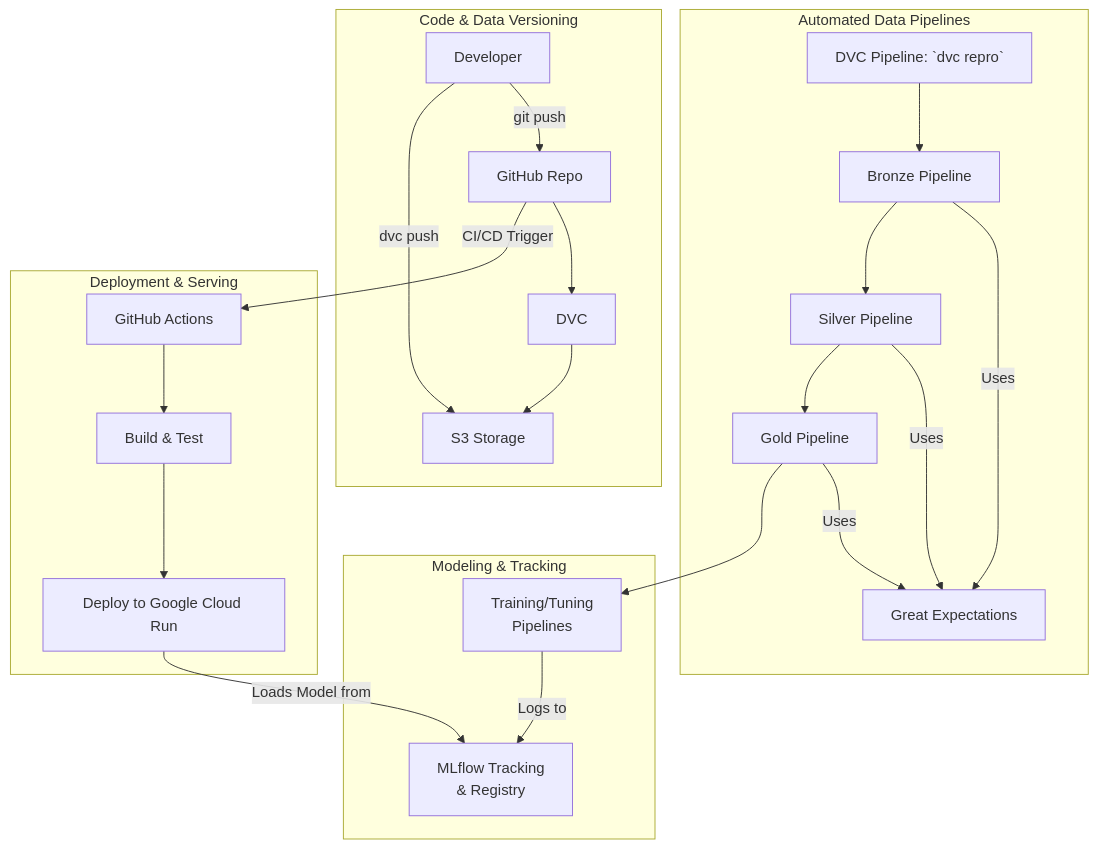
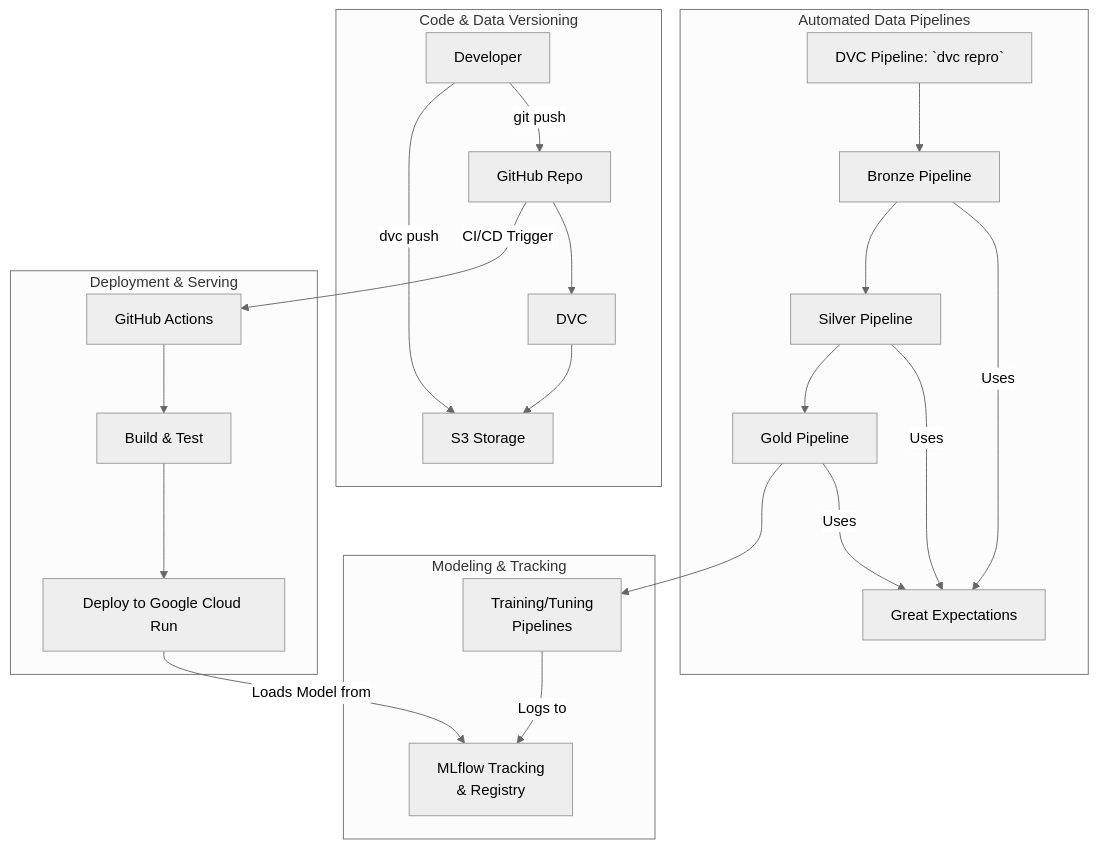
The diagram in README.md (dakshvanshaj/flights-price-prediction-mlops), drawn with Mermaid before and after one commit. The commit also changed other lines of this file, not shown here.

````diff
--- a/README.md
+++ b/README.md
@@ -19,31 +19,31 @@
 ```mermaid
-%%{init: {'theme': 'light'}}%%
+%%{init: {'theme': 'neutral'}}%%
 graph TD
     subgraph "Code & Data Versioning"
         Dev[Developer] -- "git push" --> GitHub[GitHub Repo];
         Dev -- "dvc push" --> S3[S3 Storage];
         GitHub --> DVC[DVC];
         DVC --> S3;
     end
 
     subgraph "Automated Data Pipelines"
         DVC_Pipeline[DVC Pipeline: `dvc repro`] --> Bronze[Bronze Pipeline];
         Bronze -- "Uses" --> GE[Great Expectations];
         Bronze --> Silver[Silver Pipeline];
         Silver -- "Uses" --> GE;
         Silver --> Gold[Gold Pipeline];
         Gold -- "Uses" --> GE;
     end
 
     subgraph "Modeling & Tracking"
         Gold --> Training[Training/Tuning<br/>Pipelines];
         Training -- "Logs to" --> MLflow[MLflow Tracking<br/>& Registry];
     end
 
     subgraph "Deployment & Serving"
         GitHub -- "CI/CD Trigger" --> GHA[GitHub Actions];
         GHA --> Build[Build & Test];
         Build --> Deploy[Deploy to Google Cloud Run];
         Deploy -- "Loads Model from" --> MLflow;
     end
 ```
````
